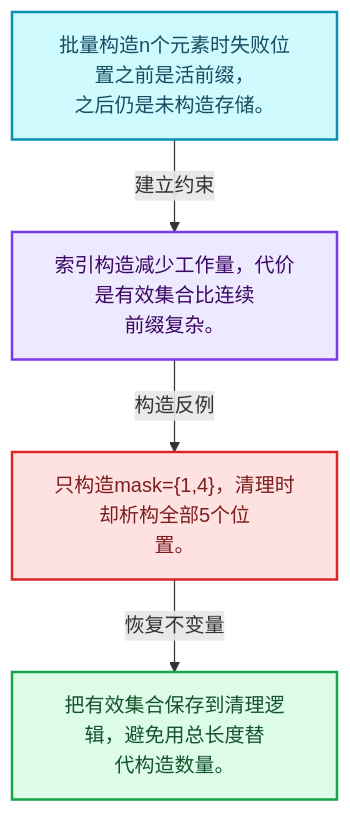
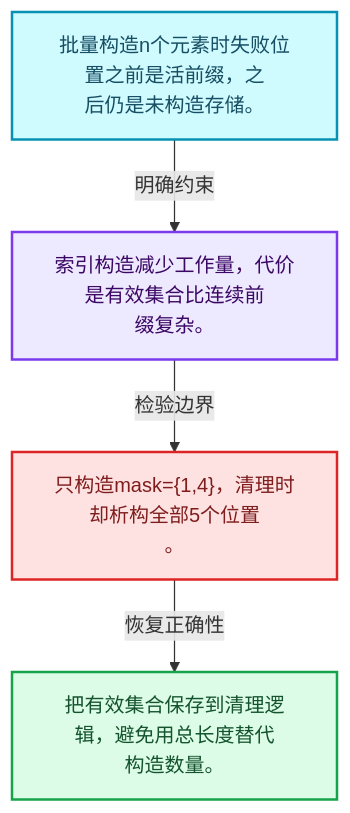
One commit to yunkezengren/blender-.vscode changed the first of 4 diagrams in 杂/markdown/全面学习-codex/03-内存分配与运行时类型/08-CPPType构造与析构.md. Above: the diagram before and after it, drawn with Mermaid. The commit also changed other lines of this file and 1930 other files, not shown here.

````diff
--- a/杂/markdown/全面学习-codex/03-内存分配与运行时类型/08-CPPType构造与析构.md
+++ b/杂/markdown/全面学习-codex/03-内存分配与运行时类型/08-CPPType构造与析构.md
@@ -29,16 +29,16 @@
 ```mermaid
 flowchart TB
-  M["批量构造n个元素时失败位置之前是活前缀，<br/>之后仍是未构造存储。"]:::data
-  T["索引构造减少工作量，代价是有效集合比连续<br/>前缀复杂。"]:::abstraction
-  X["只构造mask={1,4}，清理时却析构全部5个位<br/>置。"]:::error
-  A["把有效集合保存到清理逻辑，避免用总长度替<br/>代构造数量。"]:::result
-  M -->|"建立约束"| T
-  T -->|"构造反例"| X
-  X -->|"恢复不变量"| A
+  M["批量构造n个元素时失败位置之前是活前缀，之<br/>后仍是未构造存储。"]:::data
+  C["索引构造减少工作量，代价是有效集合比连续前<br/>缀复杂。"]:::abstraction
+  B["只构造mask={1,4}，清理时却析构全部5个位置<br/>。"]:::error
+  R["把有效集合保存到清理逻辑，避免用总长度替代<br/>构造数量。"]:::result
+  M -->|"明确约束"| C
+  C -->|"检验边界"| B
+  B -->|"恢复正确性"| R
   classDef input fill:#DBEAFE,stroke:#2563EB,color:#172554,stroke-width:2px;
   classDef data fill:#CFFAFE,stroke:#0891B2,color:#164E63,stroke-width:2px;
   classDef abstraction fill:#EDE9FE,stroke:#7C3AED,color:#3B0764,stroke-width:2px;
   classDef compute fill:#FEF3C7,stroke:#D97706,color:#78350F,stroke-width:2px;
   classDef result fill:#DCFCE7,stroke:#16A34A,color:#14532D,stroke-width:2px;
   classDef error fill:#FEE2E2,stroke:#DC2626,color:#7F1D1D,stroke-width:2px;
 ```
````
